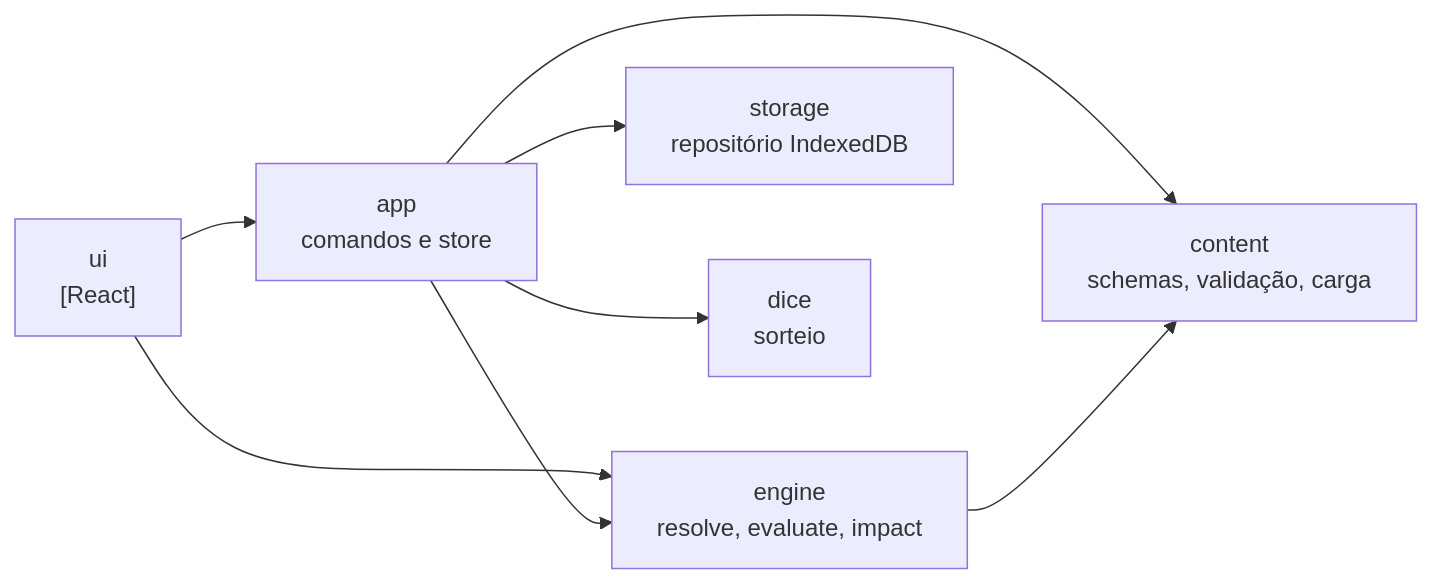
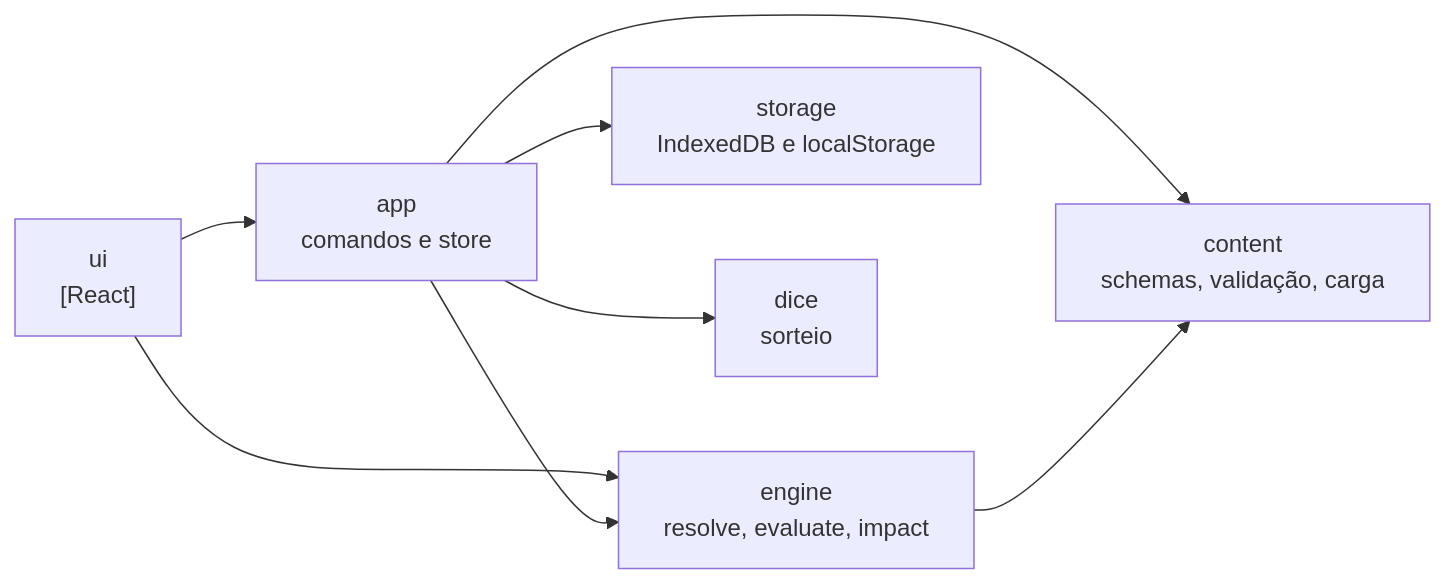
Before and after one commit to AntonioVCruz/sotdl-character-generator: the third of 6 diagrams in docs/architecture.md, drawn with Mermaid. The commit also changed 1 other file, not shown here.

Commit message:
Arquitetura: rótulo do storage no diagrama da §5.2 e ADR-002 sem citar feature
- §5.2, diagrama: storage passa a "IndexedDB e localStorage", como a linha da tabela
  emendada em a0787dd.
- ADR-002: a versão do conteúdo serve "para detectar a desatualização quando o conteúdo
  mudar", sem citar a FEAT-011; uma ADR não cita feature do plano.

````diff
--- a/docs/architecture.md
+++ b/docs/architecture.md
@@ -99,17 +99,17 @@
 ```mermaid
 graph LR
     ui["ui<br/>[React]"]
     app["app<br/>comandos e store"]
     engine["engine<br/>resolve, evaluate, impact"]
     content["content<br/>schemas, validação, carga"]
-    storage["storage<br/>repositório IndexedDB"]
+    storage["storage<br/>IndexedDB e localStorage"]
     dice["dice<br/>sorteio"]
 
     ui --> app
     ui --> engine
     app --> engine
     app --> content
     app --> storage
     app --> dice
     engine --> content
 ```
````
